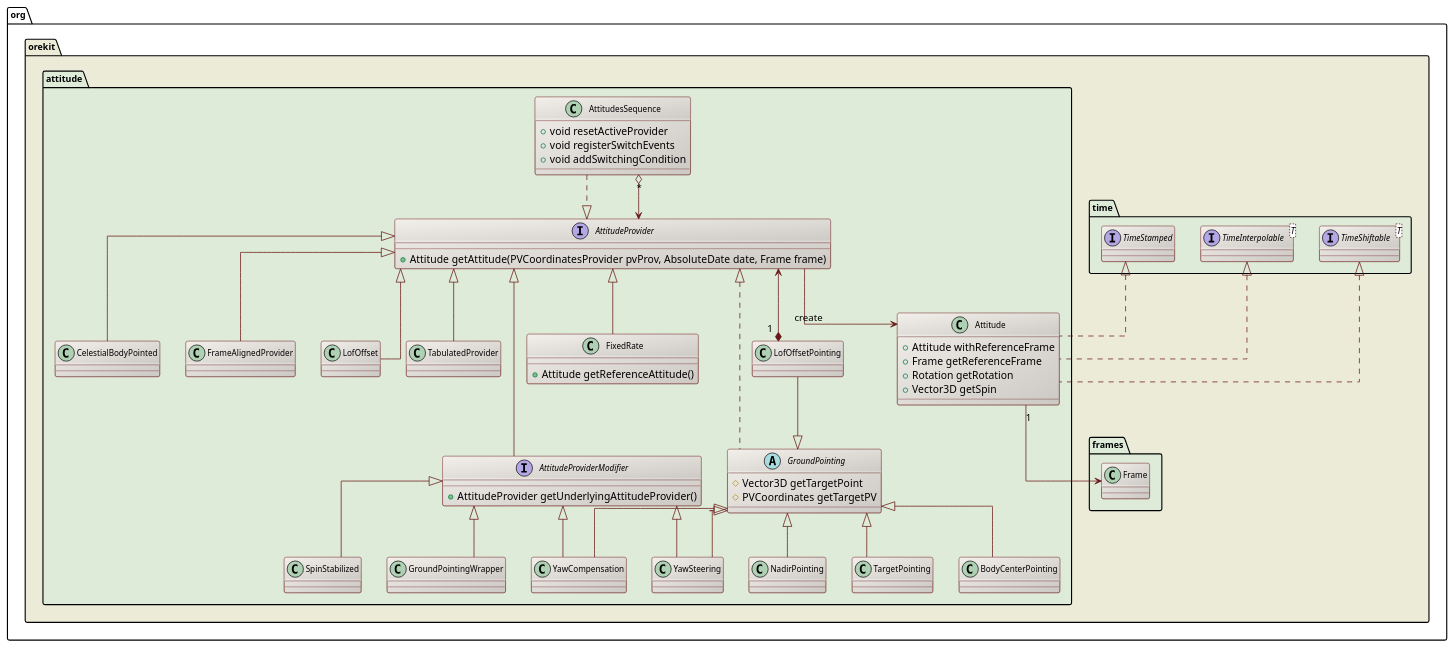
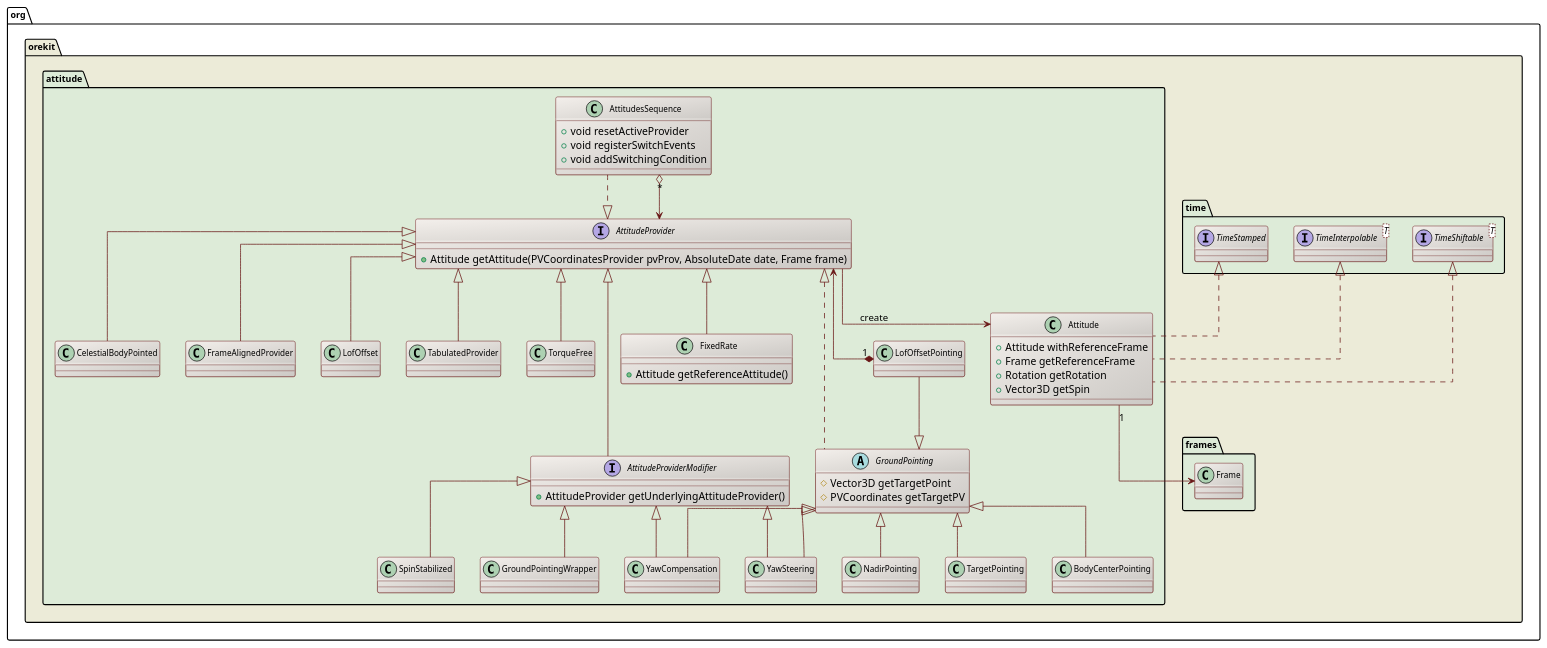
Before and after one commit to CS-SI/Orekit: the diagram in src/design/attitude-class-diagram.puml, drawn with PlantUML. The commit also changed 5 other files, not shown here.

First line of the commit message:
Added torque-free attitude mode for general (non-symmetrical) body.

```diff
--- a/src/design/attitude-class-diagram.puml
+++ b/src/design/attitude-class-diagram.puml
@@ -17,89 +17,90 @@
 @startuml
 
   skinparam svek                  true
   skinparam ClassBackgroundColor  #F3EFEB/CCC9C5
   skinparam ClassArrowColor       #691616
   skinparam ClassBorderColor      #691616
   skinparam NoteBackgroundColor   #F3EFEB
   skinparam NoteBorderColor       #691616
   skinparam NoteFontColor         #691616
   skinparam ClassFontSize         11
   skinparam PackageFontSize       12
   skinparam linetype              ortho
 
   package org.orekit #ECEBD8 {
 
     package frames #DDEBD8 {
       class Frame
     }
 
     package time #DDEBD8 {
       interface TimeStamped
       interface "TimeShiftable<T>" as TimeShiftable_T_
       interface "TimeInterpolable<T>" as TimeInterpolable_T_
     }
 
     package attitude #DDEBD8 {
 
       class Attitude {
         +Attitude withReferenceFrame
         +Frame getReferenceFrame
         +Rotation getRotation
         +Vector3D getSpin
       }
 
       class AttitudesSequence {
         +void resetActiveProvider
         +void registerSwitchEvents
         +void addSwitchingCondition
       }
 
       interface AttitudeProvider {
         + Attitude getAttitude(PVCoordinatesProvider pvProv, AbsoluteDate date, Frame frame)
       }
 
       class FixedRate {
         +Attitude getReferenceAttitude()
       }
 
       interface AttitudeProviderModifier {
         +AttitudeProvider getUnderlyingAttitudeProvider()
       }
 
       abstract class GroundPointing {
         #Vector3D getTargetPoint
         #PVCoordinates getTargetPV
       }
 
       Frame            <-up- "1" Attitude 
       Attitude         <-up- AttitudeProvider : create
       TimeStamped      <|.. Attitude
       TimeShiftable_T_ <|.. Attitude
       TimeInterpolable_T_ <|.. Attitude
       AttitudeProvider             <|-- FixedRate
       AttitudeProvider <|-- AttitudeProviderModifier
       AttitudesSequence ..|> AttitudeProvider
       AttitudesSequence "*" o--> AttitudeProvider
       AttitudeProvider <--* "1" LofOffsetPointing 
       AttitudeProvider <|.. GroundPointing
       LofOffsetPointing            --|> GroundPointing
 
       AttitudeProviderModifier     <|-- SpinStabilized
       AttitudeProviderModifier     <|-- GroundPointingWrapper
       GroundPointing               <|-- BodyCenterPointing
       GroundPointing               <|-- NadirPointing
       GroundPointing               <|-- TargetPointing
       GroundPointing               <|-- YawCompensation
       AttitudeProviderModifier     <|-- YawCompensation
       GroundPointing               <|-- YawSteering
       AttitudeProviderModifier     <|-- YawSteering
       AttitudeProvider             <|-- CelestialBodyPointed
       AttitudeProvider             <|-- FrameAlignedProvider
       AttitudeProvider             <|-- LofOffset
       AttitudeProvider             <|-- TabulatedProvider
+      AttitudeProvider             <|-- TorqueFree
 
     }
 
   }
 
 @enduml
```
